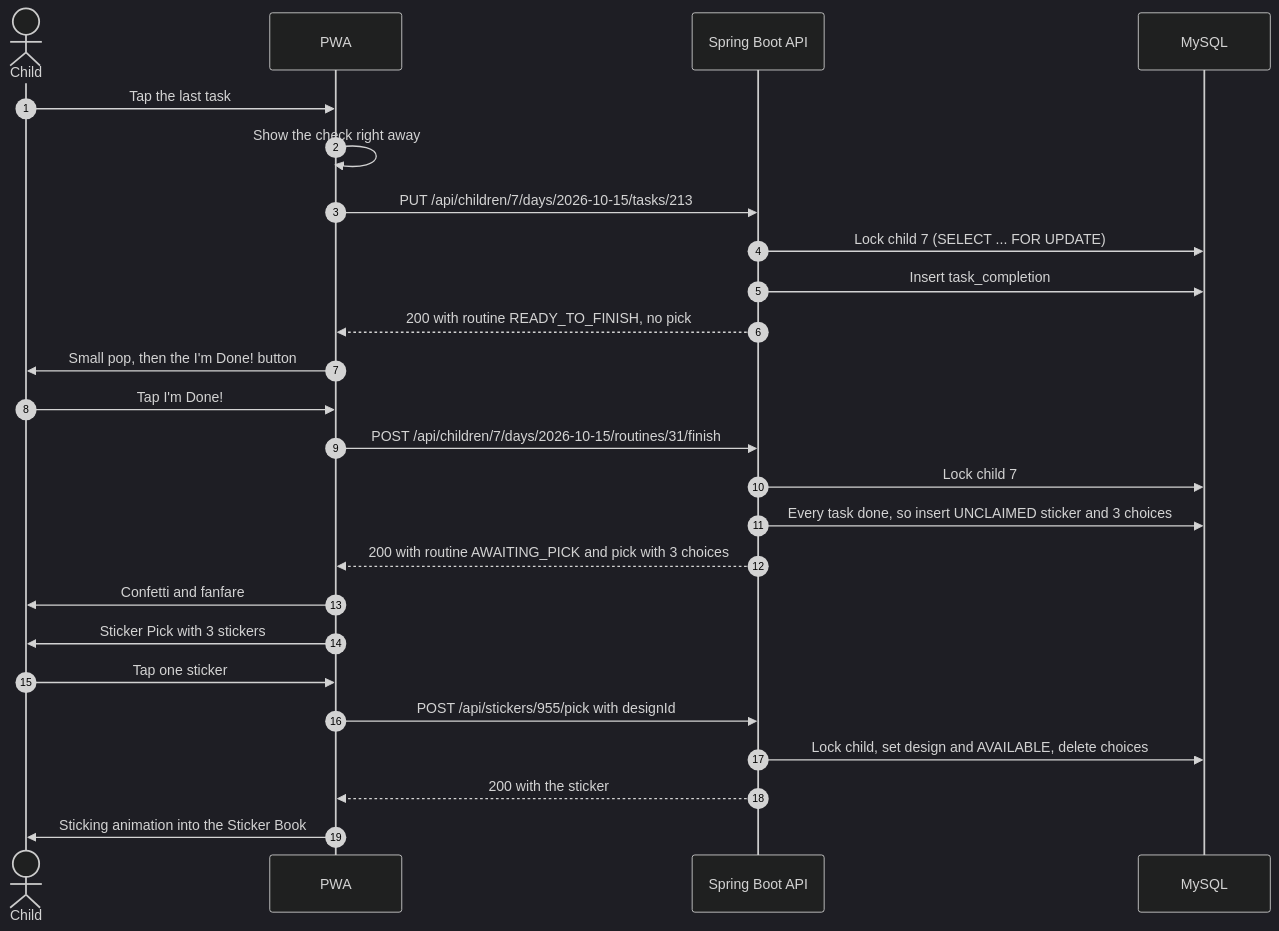
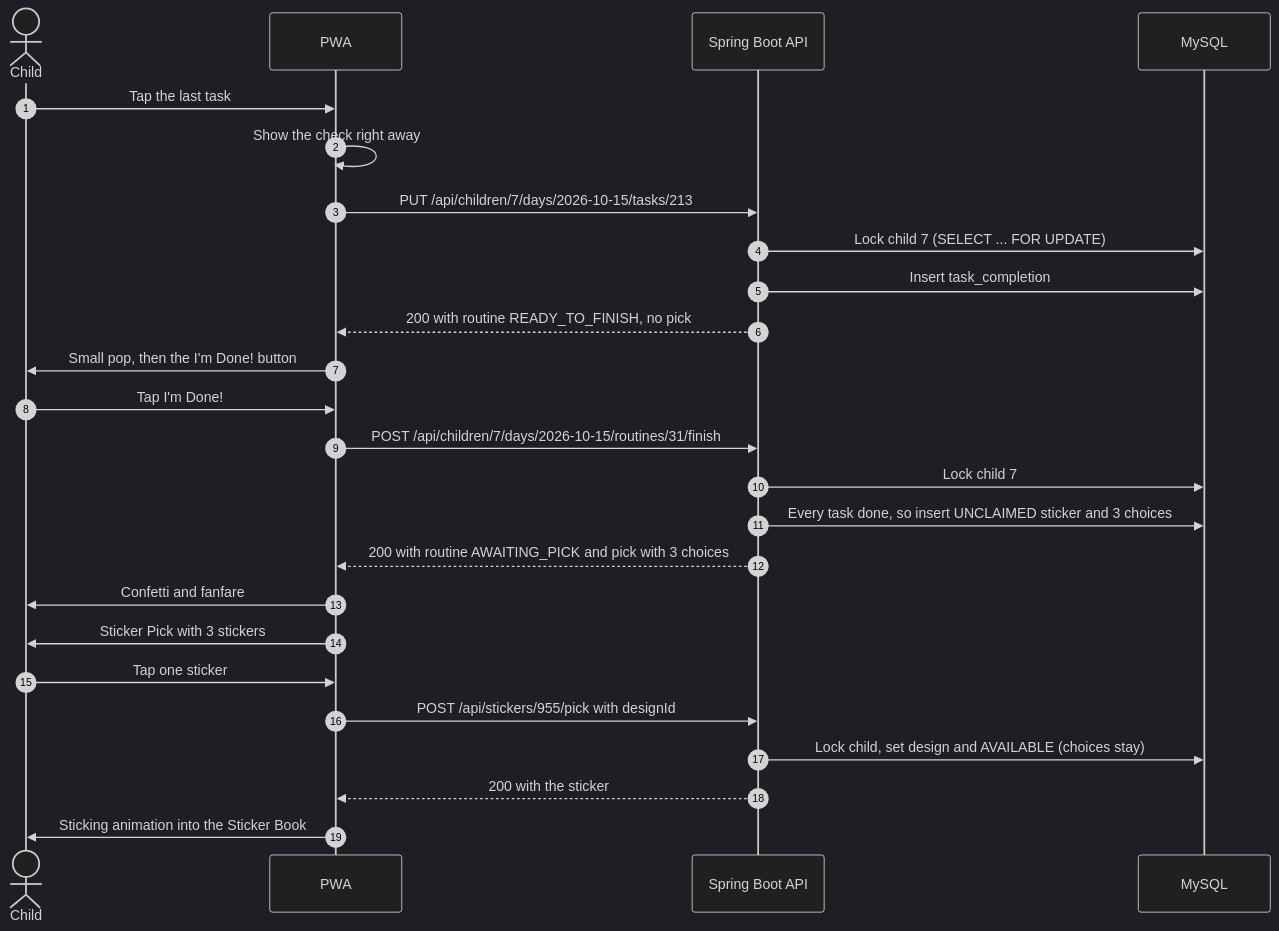
Before and after one commit to pw10n/sticker-bank: the fourth of 5 diagrams in docs/TDD.md, drawn with Mermaid (dark theme). The commit also changed other lines of this file and 2 other files, not shown here.

First line of the commit message:
docs: re-earning offers the same Sticker Pick choices (FDD 1.3, TDD 0.5)

````diff
--- a/docs/TDD.md
+++ b/docs/TDD.md
@@ -667,27 +669,27 @@
 ```mermaid
 sequenceDiagram
     autonumber
     actor Child
     participant PWA
     participant API as Spring Boot API
     participant DB as MySQL
     Child->>PWA: Tap the last task
     PWA->>PWA: Show the check right away
     PWA->>API: PUT /api/children/7/days/2026-10-15/tasks/213
     API->>DB: Lock child 7 (SELECT ... FOR UPDATE)
     API->>DB: Insert task_completion
     API-->>PWA: 200 with routine READY_TO_FINISH, no pick
     PWA->>Child: Small pop, then the I'm Done! button
     Child->>PWA: Tap I'm Done!
     PWA->>API: POST /api/children/7/days/2026-10-15/routines/31/finish
     API->>DB: Lock child 7
     API->>DB: Every task done, so insert UNCLAIMED sticker and 3 choices
     API-->>PWA: 200 with routine AWAITING_PICK and pick with 3 choices
     PWA->>Child: Confetti and fanfare
     PWA->>Child: Sticker Pick with 3 stickers
     Child->>PWA: Tap one sticker
     PWA->>API: POST /api/stickers/955/pick with designId
-    API->>DB: Lock child, set design and AVAILABLE, delete choices
+    API->>DB: Lock child, set design and AVAILABLE (choices stay)
     API-->>PWA: 200 with the sticker
     PWA->>Child: Sticking animation into the Sticker Book
 ```
````
